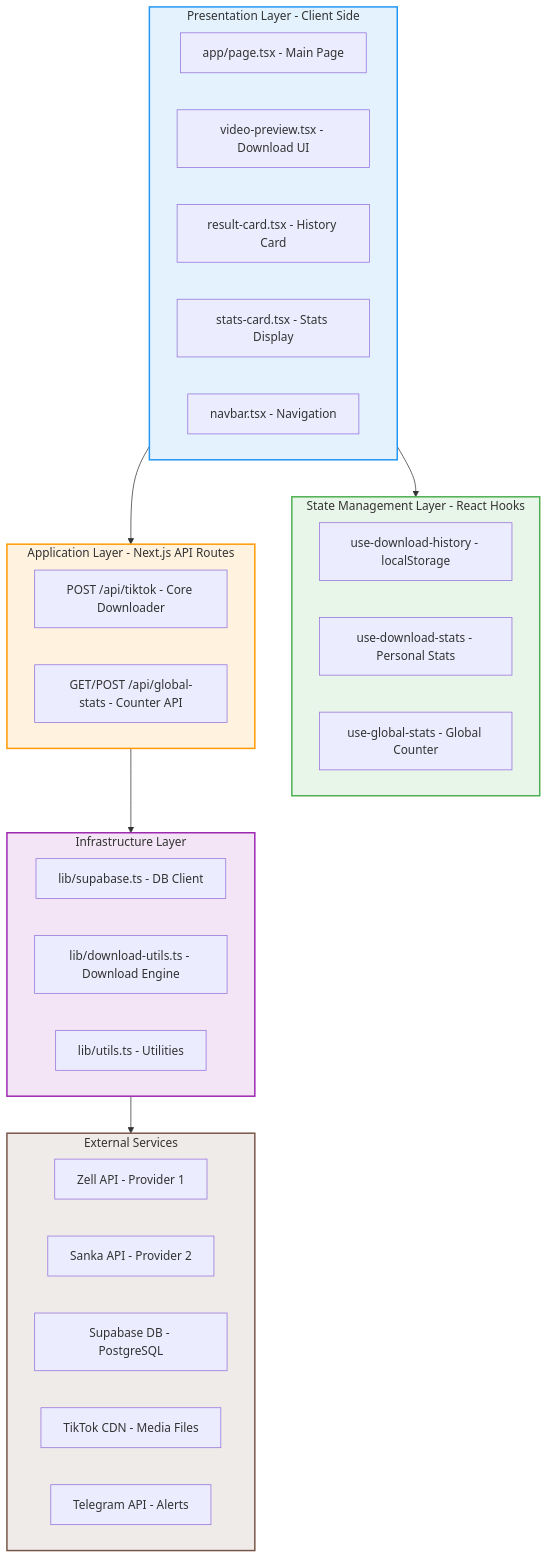
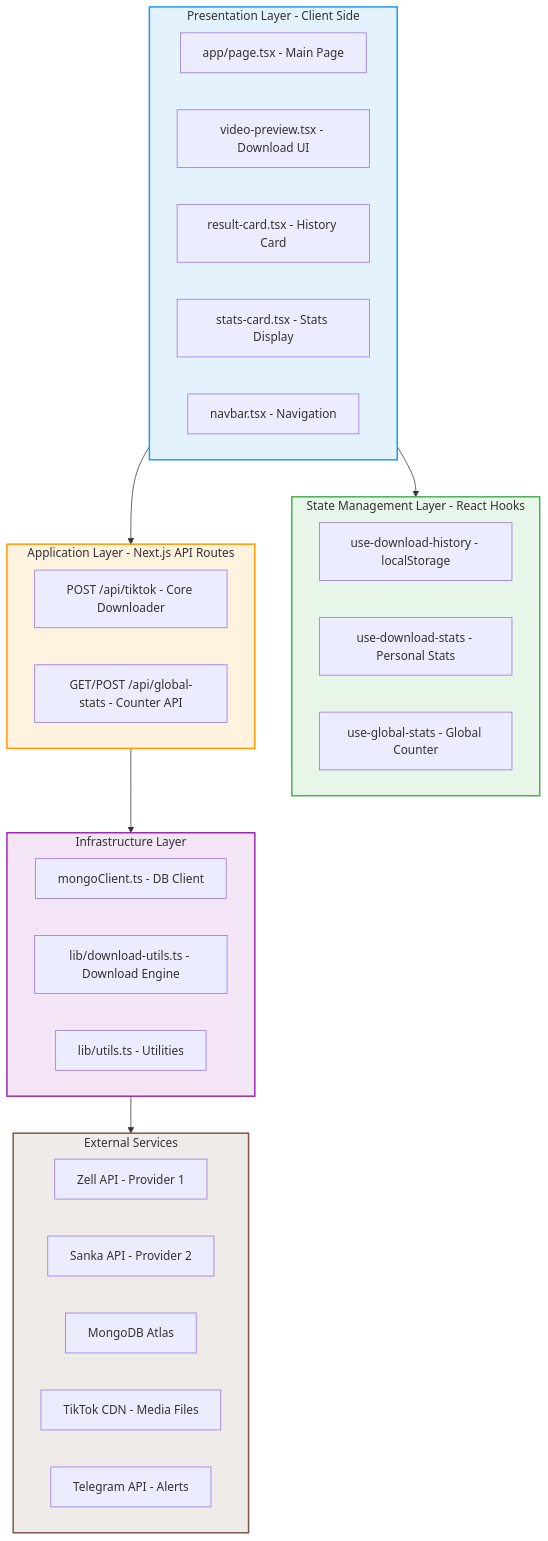
One commit to jundy779/FusionTik changed the second of 6 diagrams in README.md. Above: the diagram before and after it, drawn with Mermaid. The commit also changed other lines of this file and 11 other files, not shown here.

First line of the commit message:
Migrate global download counter from Supabase to MongoDB Atlas.

````diff
--- a/README.md
+++ b/README.md
@@ -121,46 +121,46 @@
 ```mermaid
 graph TB
     subgraph PRESENTATION["Presentation Layer - Client Side"]
         P1["app/page.tsx - Main Page"]
         P2["video-preview.tsx - Download UI"]
         P3["result-card.tsx - History Card"]
         P4["stats-card.tsx - Stats Display"]
         P5["navbar.tsx - Navigation"]
     end
 
     subgraph STATE["State Management Layer - React Hooks"]
         S1["use-download-history - localStorage"]
         S2["use-download-stats - Personal Stats"]
         S3["use-global-stats - Global Counter"]
     end
 
     subgraph APPLICATION["Application Layer - Next.js API Routes"]
         A1["POST /api/tiktok - Core Downloader"]
         A2["GET/POST /api/global-stats - Counter API"]
     end
 
     subgraph INFRASTRUCTURE["Infrastructure Layer"]
-        I1["lib/supabase.ts - DB Client"]
+        I1["mongoClient.ts - DB Client"]
         I2["lib/download-utils.ts - Download Engine"]
         I3["lib/utils.ts - Utilities"]
     end
 
     subgraph EXTERNAL["External Services"]
         E1["Zell API - Provider 1"]
         E2["Sanka API - Provider 2"]
-        E3["Supabase DB - PostgreSQL"]
+        E3["MongoDB Atlas"]
         E4["TikTok CDN - Media Files"]
         E5["Telegram API - Alerts"]
     end
 
     PRESENTATION --> STATE
     PRESENTATION --> APPLICATION
     APPLICATION --> INFRASTRUCTURE
     INFRASTRUCTURE --> EXTERNAL
 
     style PRESENTATION fill:#e3f2fd,stroke:#2196f3,stroke-width:2px
     style STATE fill:#e8f5e9,stroke:#4caf50,stroke-width:2px
     style APPLICATION fill:#fff3e0,stroke:#ff9800,stroke-width:2px
     style INFRASTRUCTURE fill:#f3e5f5,stroke:#9c27b0,stroke-width:2px
     style EXTERNAL fill:#efebe9,stroke:#795548,stroke-width:2px
 ```
````
